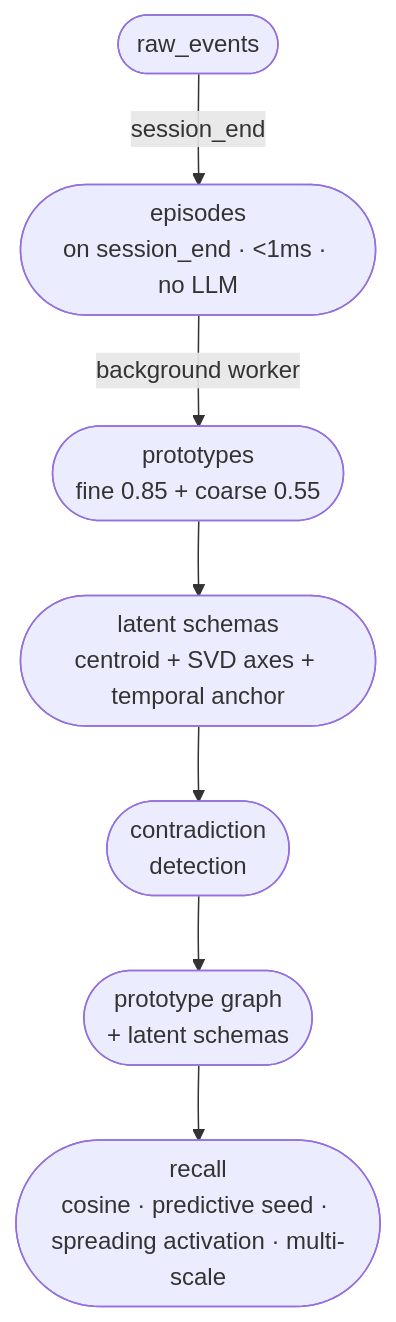
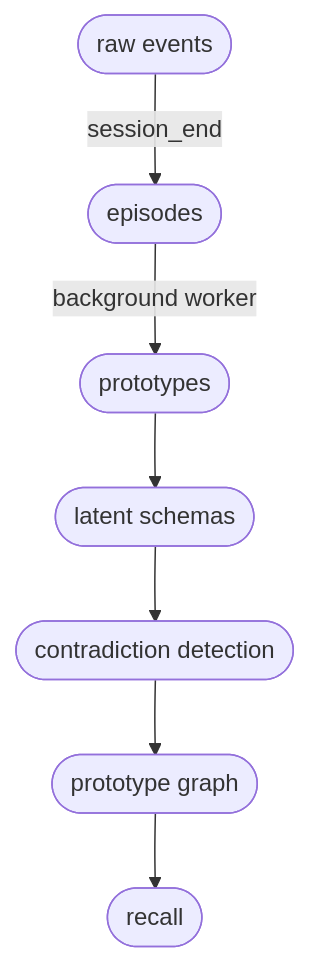
Before and after one commit to mrsalty/slowave: the first of 16 diagrams in docs/architecture.md, drawn with Mermaid.

Commit message:
docs: simplify overview flowchart node labels

````diff
--- a/docs/architecture.md
+++ b/docs/architecture.md
@@ -5,17 +5,17 @@
 ```mermaid
 flowchart TD
-    RE([raw_events])
-    EP([episodes\non session_end · <1ms · no LLM])
-    PR([prototypes\nfine 0.85 + coarse 0.55])
-    LS([latent schemas\ncentroid + SVD axes + temporal anchor])
-    CD([contradiction\ndetection])
-    PG([prototype graph\n+ latent schemas])
-    RC([recall\ncosine · predictive seed · spreading activation · multi-scale])
+    RE([raw events])
+    EP([episodes])
+    PR([prototypes])
+    LS([latent schemas])
+    CD([contradiction detection])
+    PG([prototype graph])
+    RC([recall])
 
     RE -->|session_end| EP
     EP -->|background worker| PR
     PR --> LS
     LS --> CD
     CD --> PG
     PG --> RC
 ```
````
